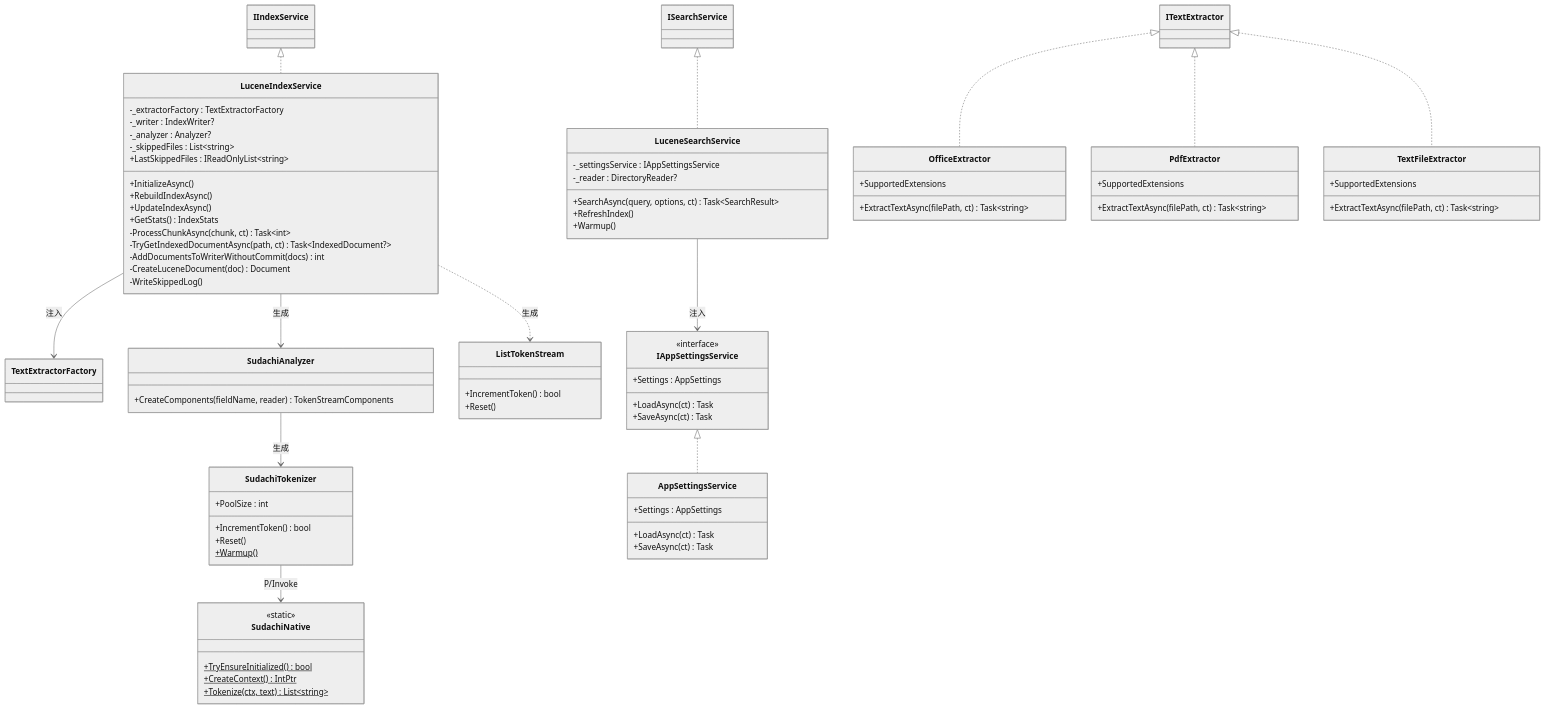
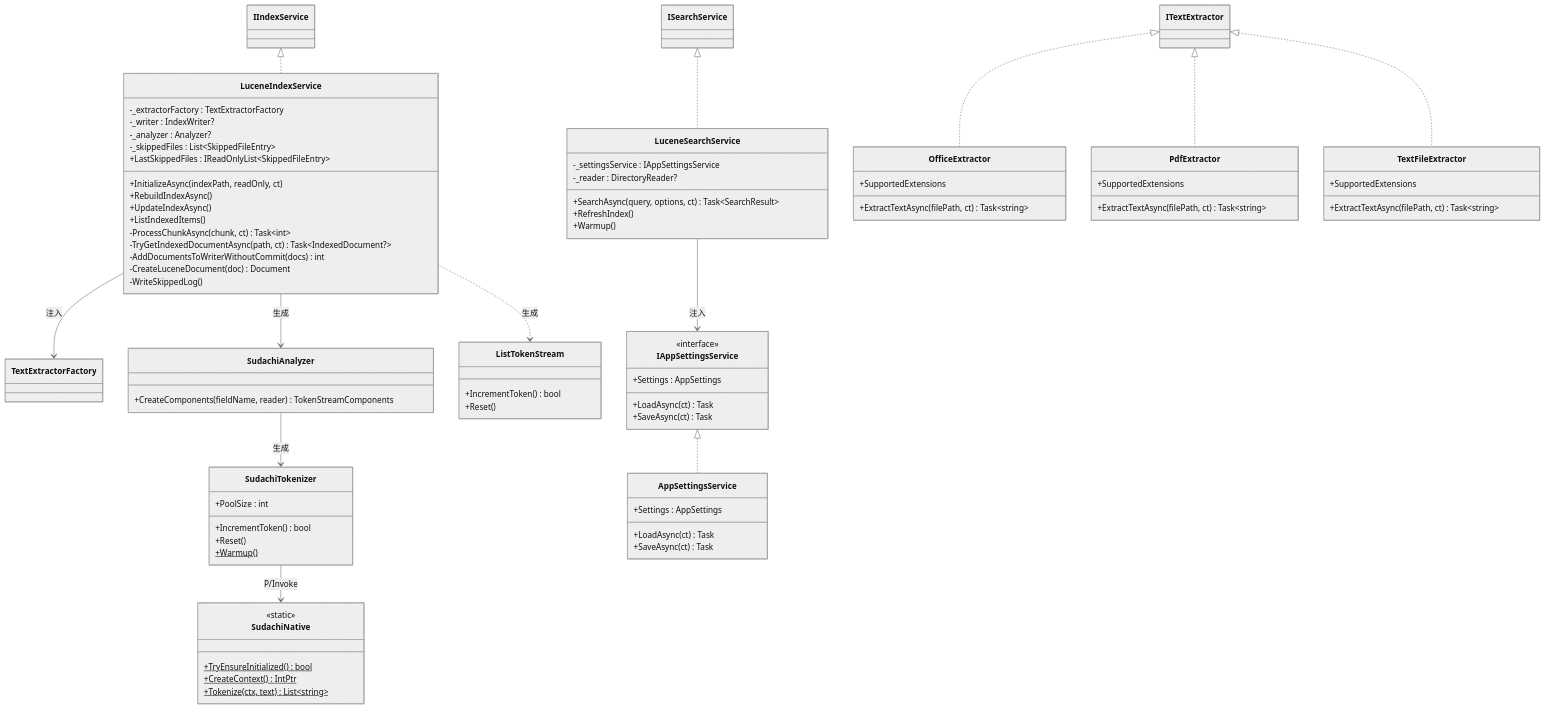
Before and after one commit to zndmonya-dot/FileSearchApp-: the fourth of 15 diagrams in docs/UML図.md, drawn with Mermaid (neutral theme). The commit also changed other lines of this file and 15 other files, not shown here.

```diff
--- a/docs/UML図.md
+++ b/docs/UML図.md
@@ -244,12 +249,12 @@
         -_extractorFactory : TextExtractorFactory
         -_writer : IndexWriter?
         -_analyzer : Analyzer?
-        -_skippedFiles : List~string~
-        +InitializeAsync()
+        -_skippedFiles : List~SkippedFileEntry~
+        +InitializeAsync(indexPath, readOnly, ct)
         +RebuildIndexAsync()
         +UpdateIndexAsync()
-        +GetStats() IndexStats
-        +LastSkippedFiles : IReadOnlyList~string~
+        +ListIndexedItems()
+        +LastSkippedFiles : IReadOnlyList~SkippedFileEntry~
         -ProcessChunkAsync(chunk, ct) Task~int~
         -TryGetIndexedDocumentAsync(path, ct) Task~IndexedDocument?~
         -AddDocumentsToWriterWithoutCommit(docs) int
```
